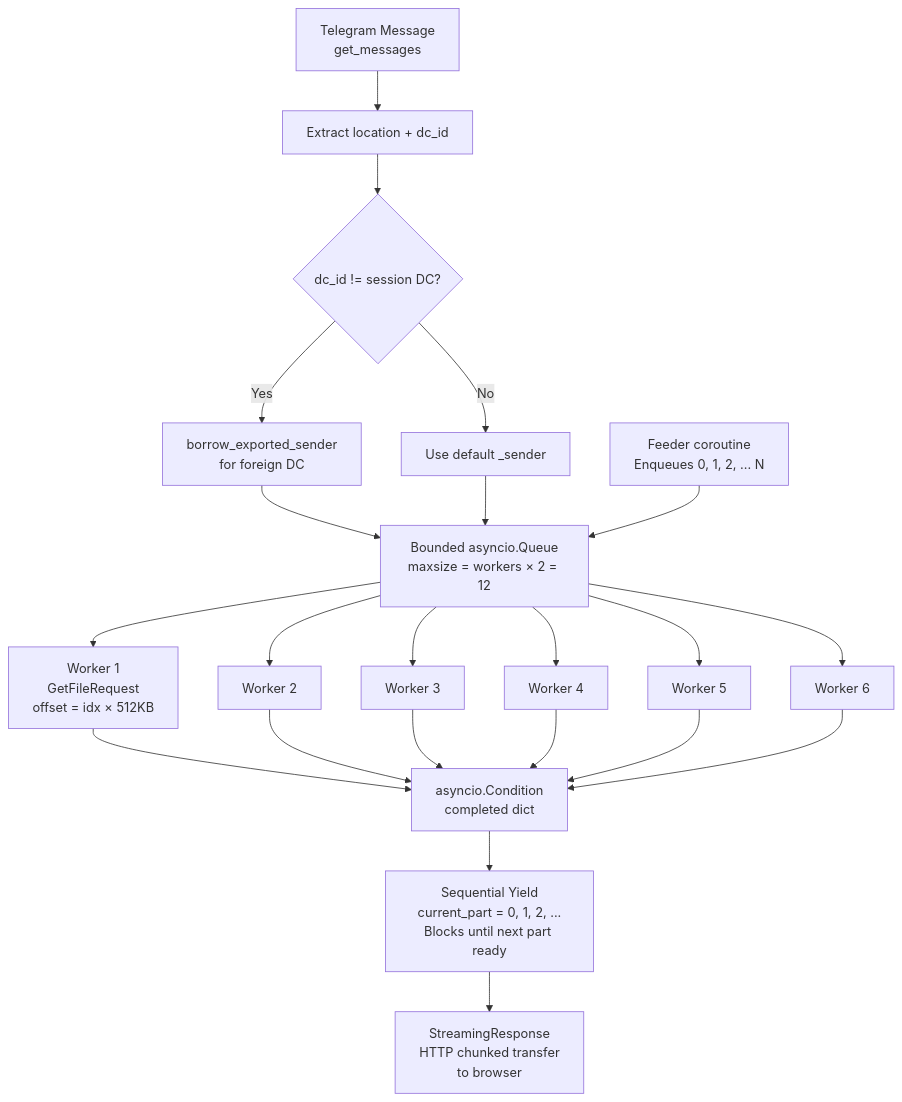
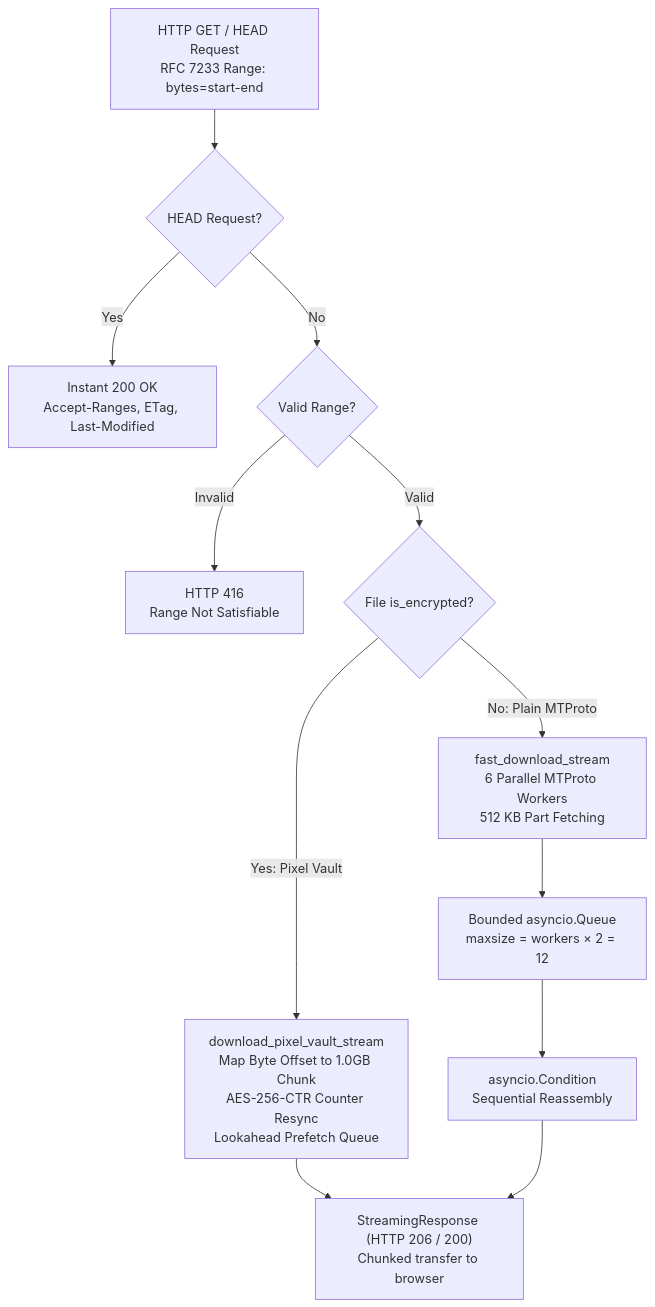
The fourth of 4 diagrams in architecture-scanner/2_architecture_diagram.md (120198subham/telegram-cloud-drive), drawn with Mermaid before and after one commit. The commit also changed other lines of this file and 12 other files, not shown here.

````diff
--- a/architecture-scanner/2_architecture_diagram.md
+++ b/architecture-scanner/2_architecture_diagram.md
@@ -136,27 +147,23 @@
 ```mermaid
 graph TD
-    MSG["Telegram Message\nget_messages"]
-    INFO["Extract location + dc_id"]
-    DC_CHECK{"dc_id != session DC?"}
-    BORROW["borrow_exported_sender\nfor foreign DC"]
-    DEFAULT["Use default _sender"]
+    REQ["HTTP GET / HEAD Request\nRFC 7233 Range: bytes=start-end"]
+    HEAD_CHECK{"HEAD Request?"}
+    HEAD_RESP["Instant 200 OK\nAccept-Ranges, ETag, Last-Modified"]
+    RANGE_CHECK{"Valid Range?"}
+    ERR_416["HTTP 416\nRange Not Satisfiable"]
+    ENC_CHECK{"File is_encrypted?"}
+    PV_ENGINE["download_pixel_vault_stream\nMap Byte Offset to 1.0GB Chunk\nAES-256-CTR Counter Resync\nLookahead Prefetch Queue"]
+    STD_ENGINE["fast_download_stream\n6 Parallel MTProto Workers\n512 KB Part Fetching"]
     QUEUE["Bounded asyncio.Queue\nmaxsize = workers × 2 = 12"]
-    FEEDER["Feeder coroutine\nEnqueues 0, 1, 2, ... N"]
-    W1["Worker 1\nGetFileRequest\noffset = idx × 512KB"]
-    W2["Worker 2"]
-    W3["Worker 3"]
-    W4["Worker 4"]
-    W5["Worker 5"]
-    W6["Worker 6"]
-    COND["asyncio.Condition\ncompleted dict"]
-    SEQ["Sequential Yield\ncurrent_part = 0, 1, 2, ...\nBlocks until next part ready"]
-    STREAM["StreamingResponse\nHTTP chunked transfer\nto browser"]
+    COND["asyncio.Condition\nSequential Reassembly"]
+    STREAM["StreamingResponse (HTTP 206 / 200)\nChunked transfer to browser"]
 
-    MSG --> INFO --> DC_CHECK
-    DC_CHECK -->|Yes| BORROW
-    DC_CHECK -->|No| DEFAULT
-    BORROW & DEFAULT --> QUEUE
-    FEEDER --> QUEUE
-    QUEUE --> W1 & W2 & W3 & W4 & W5 & W6
-    W1 & W2 & W3 & W4 & W5 & W6 --> COND --> SEQ --> STREAM
+    REQ --> HEAD_CHECK
+    HEAD_CHECK -->|Yes| HEAD_RESP
+    HEAD_CHECK -->|No| RANGE_CHECK
+    RANGE_CHECK -->|Invalid| ERR_416
+    RANGE_CHECK -->|Valid| ENC_CHECK
+    ENC_CHECK -->|Yes: Pixel Vault| PV_ENGINE --> STREAM
+    ENC_CHECK -->|No: Plain MTProto| STD_ENGINE
+    STD_ENGINE --> QUEUE --> COND --> STREAM
 ```
````
